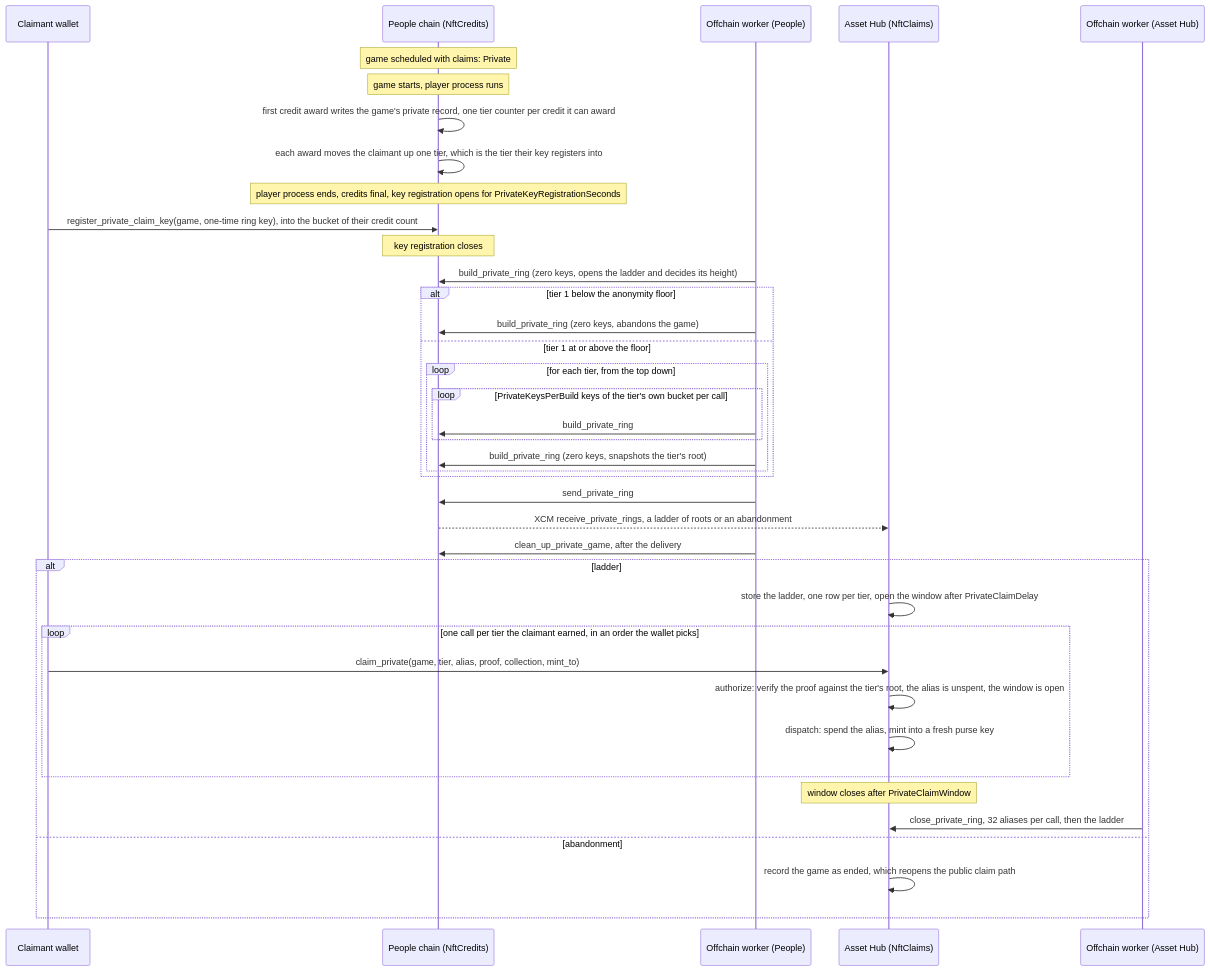
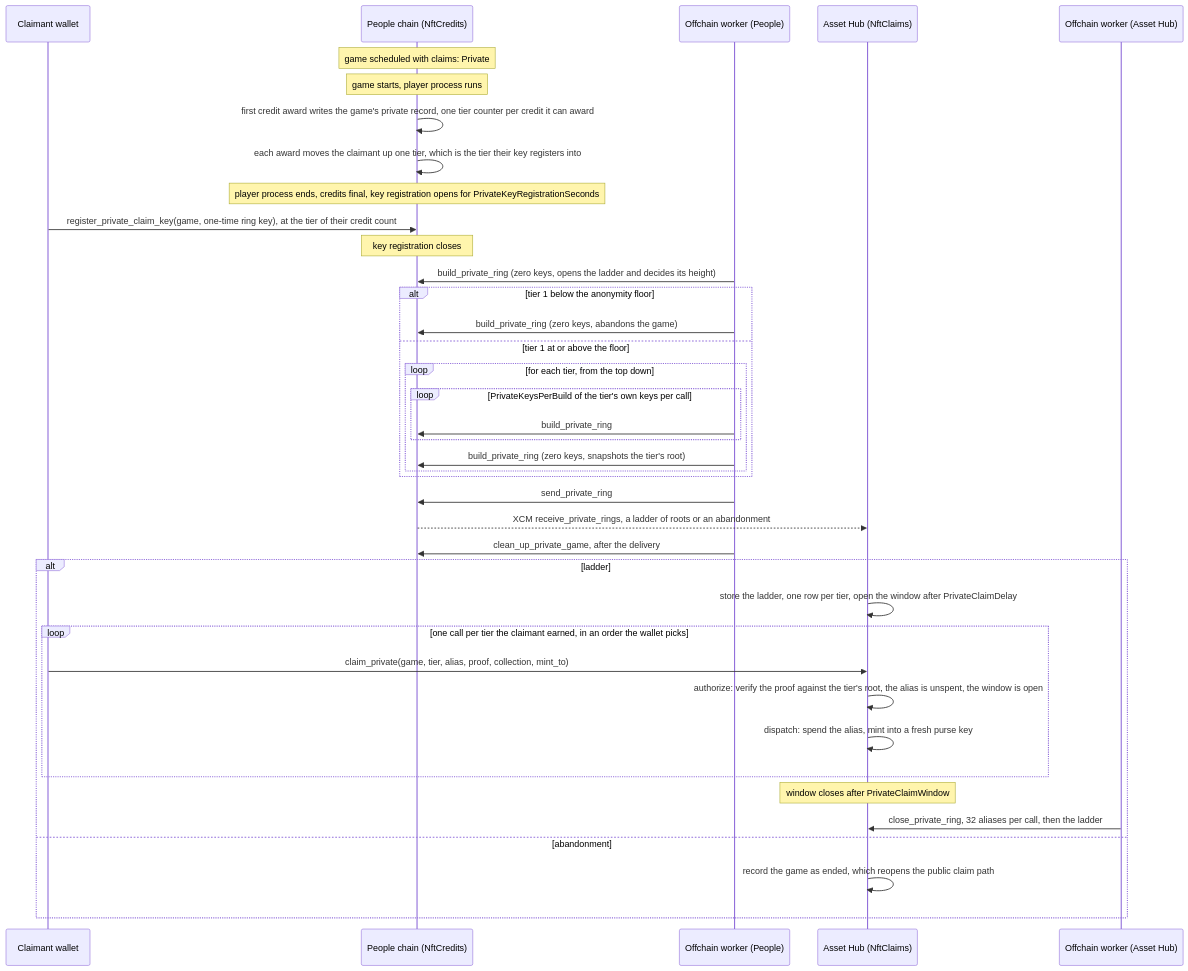
Before and after one commit to paritytech/individuality-community: the diagram in docs/private-nft-claims.md, drawn with Mermaid. The commit also changed other lines of this file and 9 other files, not shown here.

Commit message:
Drop PrivateRingKeyIndex

````diff
--- a/docs/private-nft-claims.md
+++ b/docs/private-nft-claims.md
@@ -13,42 +13,42 @@
 ```mermaid
 sequenceDiagram
     participant C as Claimant wallet
     participant P as People chain (NftCredits)
     participant O as Offchain worker (People)
     participant A as Asset Hub (NftClaims)
     participant OA as Offchain worker (Asset Hub)
 
     Note over P: game scheduled with claims: Private
     Note over P: game starts, player process runs
     P->>P: first credit award writes the game's private record, one tier counter per credit it can award
     P->>P: each award moves the claimant up one tier, which is the tier their key registers into
     Note over P: player process ends, credits final, key registration opens for PrivateKeyRegistrationSeconds
-    C->>P: register_private_claim_key(game, one-time ring key), into the bucket of their credit count
+    C->>P: register_private_claim_key(game, one-time ring key), at the tier of their credit count
     Note over P: key registration closes
     O->>P: build_private_ring (zero keys, opens the ladder and decides its height)
     alt tier 1 below the anonymity floor
         O->>P: build_private_ring (zero keys, abandons the game)
     else tier 1 at or above the floor
         loop for each tier, from the top down
-            loop PrivateKeysPerBuild keys of the tier's own bucket per call
+            loop PrivateKeysPerBuild of the tier's own keys per call
                 O->>P: build_private_ring
             end
             O->>P: build_private_ring (zero keys, snapshots the tier's root)
         end
     end
     O->>P: send_private_ring
     P-->>A: XCM receive_private_rings, a ladder of roots or an abandonment
     O->>P: clean_up_private_game, after the delivery
     alt ladder
         A->>A: store the ladder, one row per tier, open the window after PrivateClaimDelay
         loop one call per tier the claimant earned, in an order the wallet picks
             C->>A: claim_private(game, tier, alias, proof, collection, mint_to)
             A->>A: authorize: verify the proof against the tier's root, the alias is unspent, the window is open
             A->>A: dispatch: spend the alias, mint into a fresh purse key
         end
         Note over A: window closes after PrivateClaimWindow
         OA->>A: close_private_ring, 32 aliases per call, then the ladder
     else abandonment
         A->>A: record the game as ended, which reopens the public claim path
     end
 ```
````
